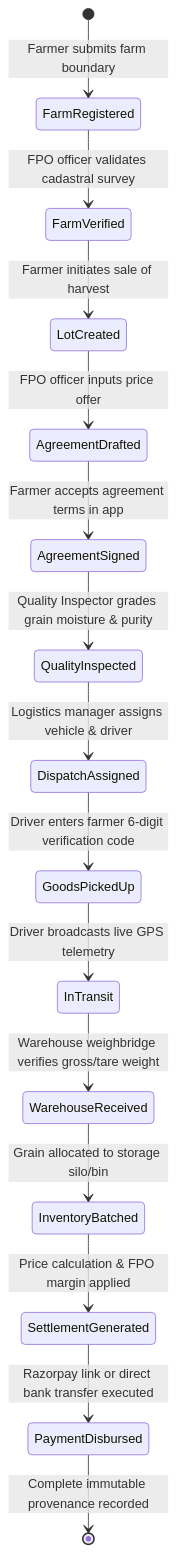
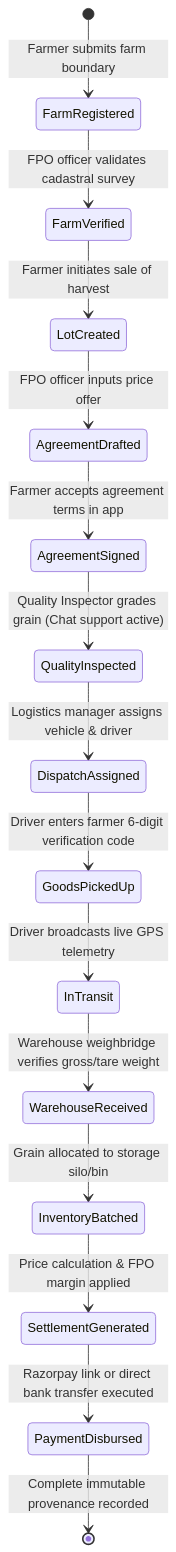
The first of 2 diagrams in docs/DATA_FLOWS.md (NutanAhir688/ShreeAnna), drawn with Mermaid before and after one commit. The commit also changed other lines of this file and 7 other files, not shown here.

Commit message:
docs: update system architecture, data flows, APIs, and guides to reflect current implementations

````diff
--- a/docs/DATA_FLOWS.md
+++ b/docs/DATA_FLOWS.md
@@ -34,17 +41,17 @@
 ```mermaid
 stateDiagram-v2
     [*] --> FarmRegistered : Farmer submits farm boundary
     FarmRegistered --> FarmVerified : FPO officer validates cadastral survey
     FarmVerified --> LotCreated : Farmer initiates sale of harvest
     LotCreated --> AgreementDrafted : FPO officer inputs price offer
     AgreementDrafted --> AgreementSigned : Farmer accepts agreement terms in app
-    AgreementSigned --> QualityInspected : Quality Inspector grades grain moisture & purity
+    AgreementSigned --> QualityInspected : Quality Inspector grades grain (Chat support active)
     QualityInspected --> DispatchAssigned : Logistics manager assigns vehicle & driver
     DispatchAssigned --> GoodsPickedUp : Driver enters farmer 6-digit verification code
     GoodsPickedUp --> InTransit : Driver broadcasts live GPS telemetry
     InTransit --> WarehouseReceived : Warehouse weighbridge verifies gross/tare weight
     WarehouseReceived --> InventoryBatched : Grain allocated to storage silo/bin
     InventoryBatched --> SettlementGenerated : Price calculation & FPO margin applied
     SettlementGenerated --> PaymentDisbursed : Razorpay link or direct bank transfer executed
     PaymentDisbursed --> [*] : Complete immutable provenance recorded
 ```
````
